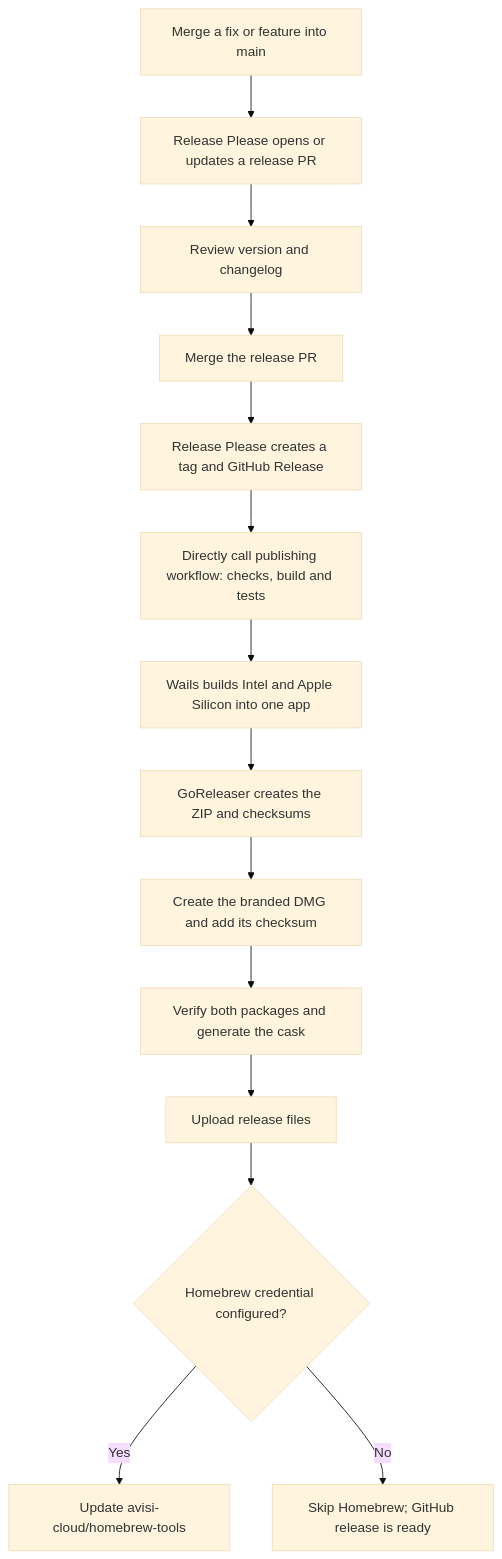
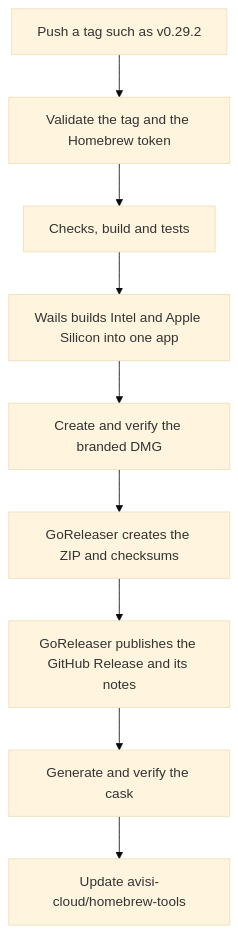
The diagram in doc/RELEASING.md (avisi-cloud/acloud-playrooms), drawn with Mermaid (base theme) before and after one commit. The commit also changed other lines of this file and 15 other files, not shown here.

First line of the commit message:
ci(release): publish releases from a pushed tag with GoReleaser

````diff
--- a/doc/RELEASING.md
+++ b/doc/RELEASING.md
@@ -8,16 +13,11 @@
 ```mermaid
 flowchart TD
-    A[Merge a fix or feature into main] --> B[Release Please opens or updates a release PR]
-    B --> C[Review version and changelog]
-    C --> D[Merge the release PR]
-    D --> E[Release Please creates a tag and GitHub Release]
-    E --> F[Directly call publishing workflow: checks, build and tests]
-    F --> G[Wails builds Intel and Apple Silicon into one app]
-    G --> H[GoReleaser creates the ZIP and checksums]
-    H --> I[Create the branded DMG and add its checksum]
-    I --> V[Verify both packages and generate the cask]
-    V --> J[Upload release files]
-    J --> K{Homebrew credential configured?}
-    K -->|Yes| L[Update avisi-cloud/homebrew-tools]
-    K -->|No| M["Skip Homebrew; GitHub release is ready"]
+    A[Push a tag such as v0.29.2] --> B[Validate the tag and the Homebrew token]
+    B --> C[Checks, build and tests]
+    C --> D[Wails builds Intel and Apple Silicon into one app]
+    D --> E[Create and verify the branded DMG]
+    E --> F[GoReleaser creates the ZIP and checksums]
+    F --> G[GoReleaser publishes the GitHub Release and its notes]
+    G --> H[Generate and verify the cask]
+    H --> I[Update avisi-cloud/homebrew-tools]
 ```
````
